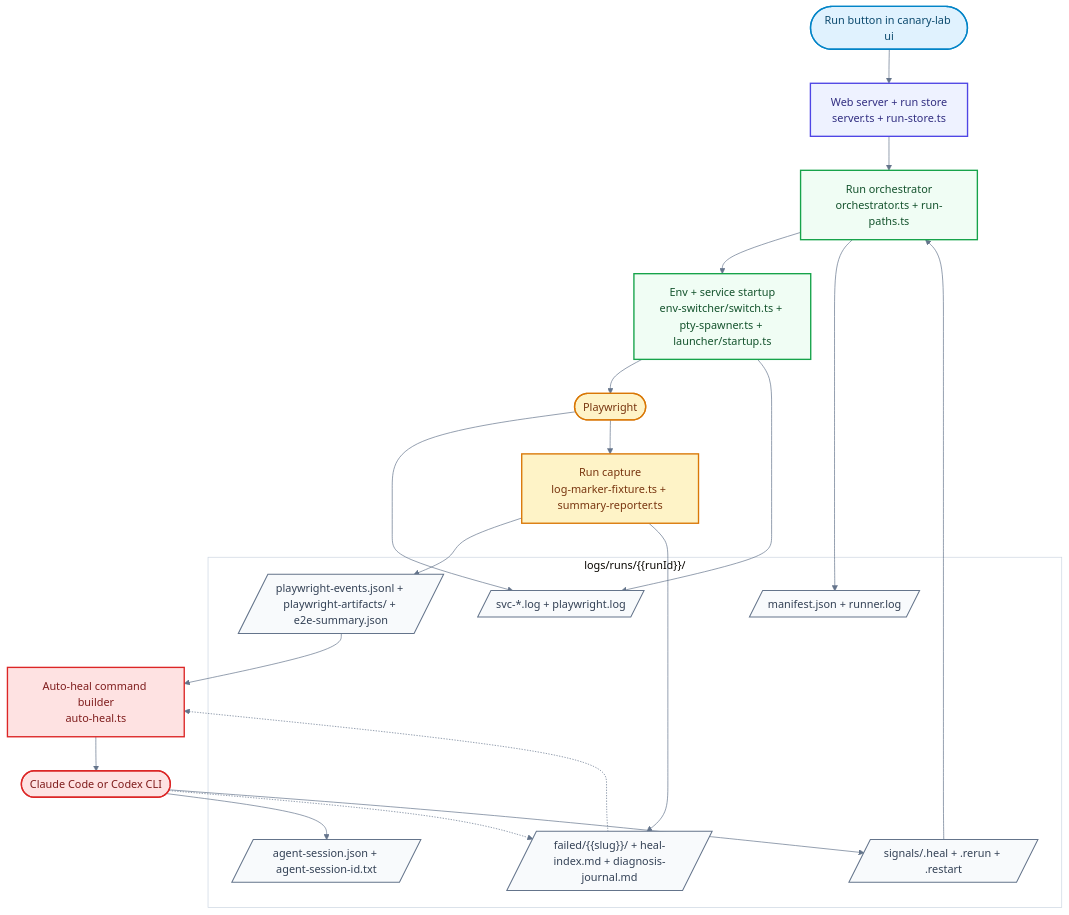
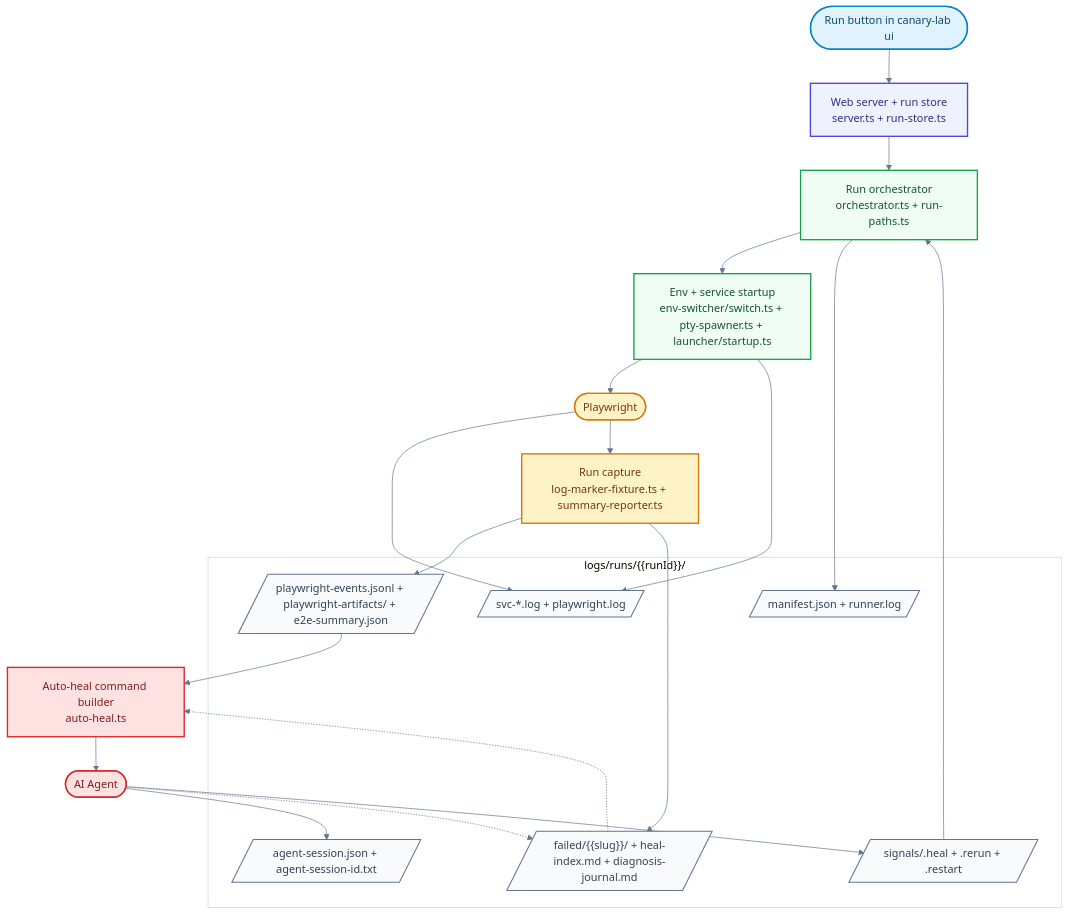
Before and after one commit to ferterahadi/canary-lab: the diagram in README.md, drawn with Mermaid. The commit also changed other lines of this file and 4 other files, not shown here.

````diff
--- a/README.md
+++ b/README.md
@@ -293,50 +283,50 @@
 ```mermaid
 %%{init: {"theme": "base", "themeVariables": {"fontFamily": "Inter, ui-sans-serif, system-ui, sans-serif", "primaryTextColor": "#0f172a", "lineColor": "#64748b", "clusterBkg": "#ffffff", "clusterBorder": "#cbd5e1"}}}%%
 flowchart TD
     user(["Run button in canary-lab ui"])
     web["Web server + run store<br/>server.ts + run-store.ts"]
     runtime["Run orchestrator<br/>orchestrator.ts + run-paths.ts"]
     setup["Env + service startup<br/>env-switcher/switch.ts + pty-spawner.ts + launcher/startup.ts"]
     playwright(["Playwright"])
     capture["Run capture<br/>log-marker-fixture.ts + summary-reporter.ts"]
     autoheal["Auto-heal command builder<br/>auto-heal.ts"]
-    agent(["Claude Code or Codex CLI"])
+    agent(["AI Agent"])
 
     subgraph runDir["logs/runs/{{runId}}/"]
         state[/"manifest.json + runner.log"/]
         logs[/"svc-*.log + playwright.log"/]
         evidence[/"playwright-events.jsonl + playwright-artifacts/ + e2e-summary.json"/]
         healctx[/"failed/{{slug}}/ + heal-index.md + diagnosis-journal.md"/]
         session[/"agent-session.json + agent-session-id.txt"/]
         signals[/"signals/.heal + .rerun + .restart"/]
     end
 
     user --> web --> runtime --> setup --> playwright
     runtime --> state
     setup --> logs
     playwright --> logs
     playwright --> capture
     capture --> evidence
     capture --> healctx
     evidence --> autoheal
     healctx -.-> autoheal
     autoheal --> agent
     agent --> session
     agent -.-> healctx
     agent --> signals
     signals --> runtime
 
     classDef entry fill:#e0f2fe,stroke:#0284c7,color:#0c4a6e,stroke-width:2px
     classDef core fill:#eef2ff,stroke:#4f46e5,color:#312e81,stroke-width:2px
     classDef runtime fill:#f0fdf4,stroke:#16a34a,color:#14532d,stroke-width:2px
     classDef test fill:#fef3c7,stroke:#d97706,color:#78350f,stroke-width:2px
     classDef heal fill:#fee2e2,stroke:#dc2626,color:#7f1d1d,stroke-width:2px
     classDef artifact fill:#f8fafc,stroke:#64748b,color:#334155,stroke-width:1.5px
 
     class user entry
     class web core
     class runtime,setup runtime
     class playwright,capture test
     class autoheal,agent heal
     class state,logs,evidence,healctx,session,signals artifact
 ```
````
